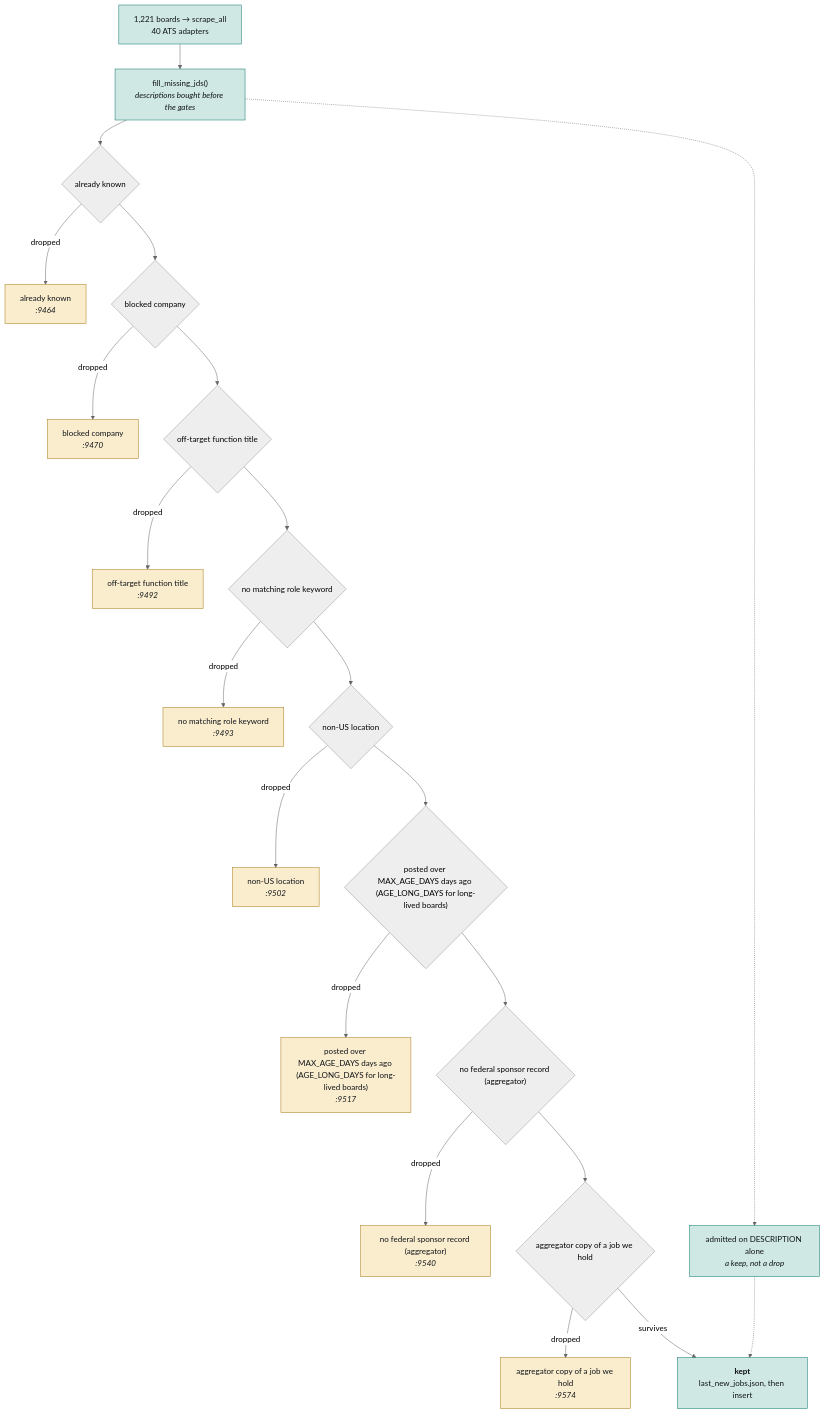
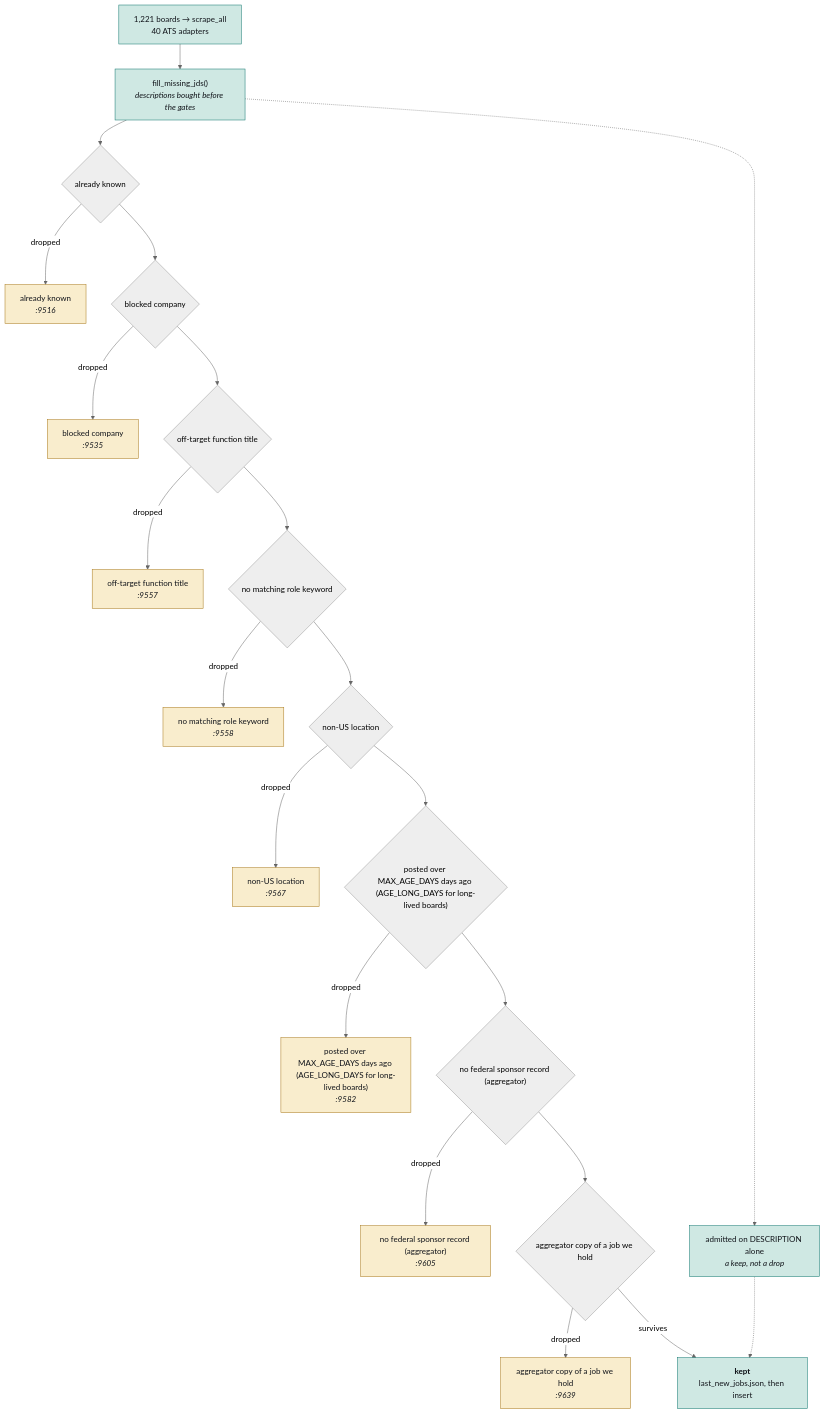
One commit to hadakunal909-debug/job-search-tool changed the second of 4 diagrams in JobMatch Scraper/docs/ARCHITECTURE.md. Above: the diagram before and after it, drawn with Mermaid (neutral theme). The commit also changed other lines of this file and 7 other files, not shown here.

````diff
--- a/JobMatch Scraper/docs/ARCHITECTURE.md
+++ b/JobMatch Scraper/docs/ARCHITECTURE.md
@@ -106,54 +106,54 @@
 ```mermaid
 flowchart TB
   SRC["1,221 boards → scrape_all<br/>40 ATS adapters"]
   JD["fill_missing_jds()<br/><i>descriptions bought before the gates</i>"]
   SRC --> JD
   G0{"already known"}
-  D0["already known<br/><i>:9464</i>"]
+  D0["already known<br/><i>:9516</i>"]
   JD --> G0
   G0 -->|dropped| D0
   class D0 trap
   G1{"blocked company"}
-  D1["blocked company<br/><i>:9470</i>"]
+  D1["blocked company<br/><i>:9535</i>"]
   G0 --> G1
   G1 -->|dropped| D1
   class D1 trap
   G2{"off-target function title"}
-  D2["off-target function title<br/><i>:9492</i>"]
+  D2["off-target function title<br/><i>:9557</i>"]
   G1 --> G2
   G2 -->|dropped| D2
   class D2 trap
   G3{"no matching role keyword"}
-  D3["no matching role keyword<br/><i>:9493</i>"]
+  D3["no matching role keyword<br/><i>:9558</i>"]
   G2 --> G3
   G3 -->|dropped| D3
   class D3 trap
   G4{"non-US location"}
-  D4["non-US location<br/><i>:9502</i>"]
+  D4["non-US location<br/><i>:9567</i>"]
   G3 --> G4
   G4 -->|dropped| D4
   class D4 trap
   G5{"posted over MAX_AGE_DAYS days ago (AGE_LONG_DAYS for long-lived boards)"}
-  D5["posted over MAX_AGE_DAYS days ago (AGE_LONG_DAYS for long-lived boards)<br/><i>:9517</i>"]
+  D5["posted over MAX_AGE_DAYS days ago (AGE_LONG_DAYS for long-lived boards)<br/><i>:9582</i>"]
   G4 --> G5
   G5 -->|dropped| D5
   class D5 trap
   G6{"no federal sponsor record (aggregator)"}
-  D6["no federal sponsor record (aggregator)<br/><i>:9540</i>"]
+  D6["no federal sponsor record (aggregator)<br/><i>:9605</i>"]
   G5 --> G6
   G6 -->|dropped| D6
   class D6 trap
   G7{"aggregator copy of a job we hold"}
-  D7["aggregator copy of a job we hold<br/><i>:9574</i>"]
+  D7["aggregator copy of a job we hold<br/><i>:9639</i>"]
   G6 --> G7
   G7 -->|dropped| D7
   class D7 trap
   KEEP["<b>kept</b><br/>last_new_jobs.json, then insert"]
   G7 -->|survives| KEEP
   RESCUE["admitted on DESCRIPTION alone<br/><i>a keep, not a drop</i>"]
   JD -.-> RESCUE
   RESCUE -.-> KEEP
   classDef trap fill:#f9edcd,stroke:#a8781a,color:#101319
   classDef sched fill:#cfe8e3,stroke:#0f766e,color:#101319
   class SRC,JD,KEEP,RESCUE sched
 ```
````
